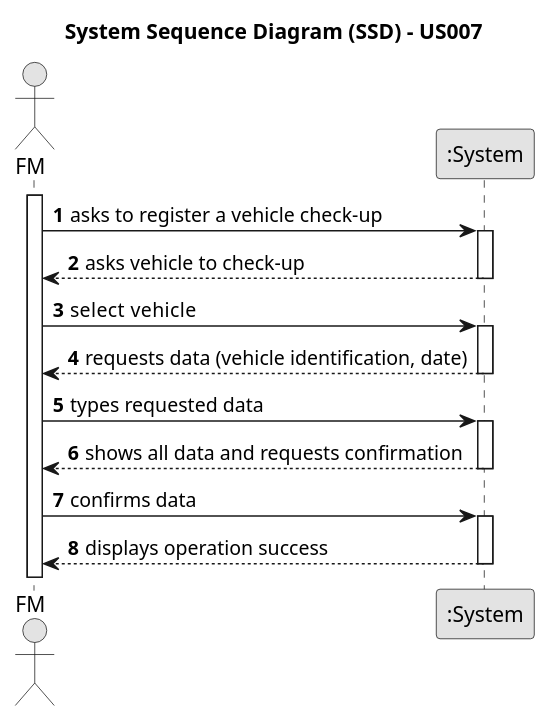
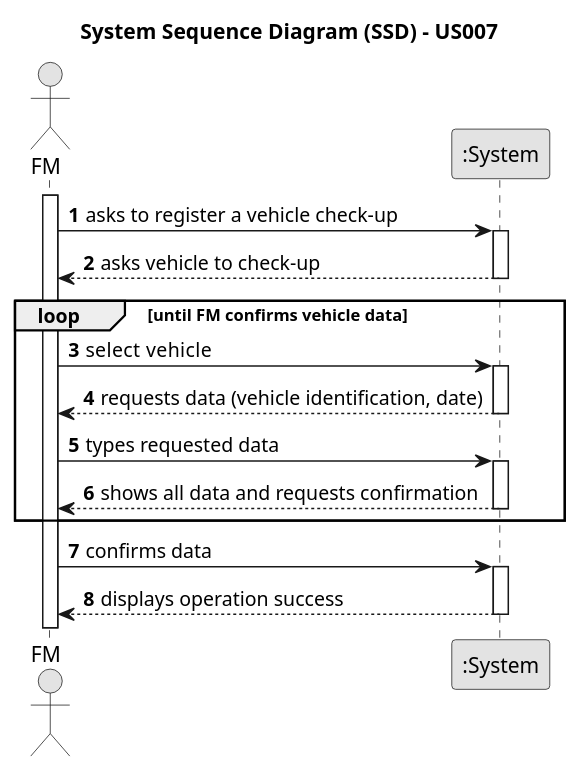
Before and after one commit to ricardomm7/leaflink: the diagram in docs/sprintA/us007/01.requirements-engineering/puml/us007-system-sequence-diagram-alternative-one.puml, drawn with PlantUML. The commit also changed 7 other files, not shown here.

```diff
--- a/docs/sprintA/us007/01.requirements-engineering/puml/us007-system-sequence-diagram-alternative-one.puml
+++ b/docs/sprintA/us007/01.requirements-engineering/puml/us007-system-sequence-diagram-alternative-one.puml
@@ -1,39 +1,39 @@
 @startuml
 skinparam monochrome true
 skinparam packageStyle rectangle
 skinparam shadowing false
 
 title System Sequence Diagram (SSD) - US007
 
 autonumber
 
 actor "FM" as FM
 participant ":System" as System
 
 activate FM
 
     FM -> System : asks to register a vehicle check-up
         activate System
 
     System --> FM : asks vehicle to check-up
         deactivate System
-
+loop until FM confirms vehicle data
     FM -> System : select  vehicle
     activate System
 
     System --> FM : requests data (vehicle identification, date)
     deactivate System
 
     FM -> System : types requested data
     activate System
 
         System --> FM : shows all data and requests confirmation
     deactivate System
-
+end
     FM -> System : confirms data
     activate System
 
         System --> FM : displays operation success
     deactivate System
 
 @enduml
```
